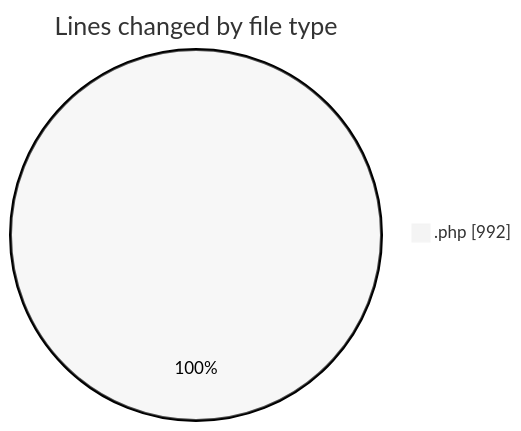
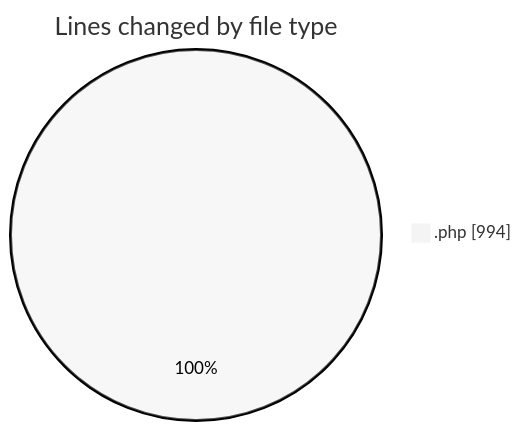
Before and after one commit to vahidmafi/code-tracking: the first of 2 diagrams in 2025-04-17/zeytoon/README.md, drawn with Mermaid (neutral theme). The commit also changed other lines of this file and 1 other file, not shown here.

````diff
--- a/2025-04-17/zeytoon/README.md
+++ b/2025-04-17/zeytoon/README.md
@@ -21,5 +21,5 @@
 ```mermaid
 pie showData
 title Lines changed by file type
-".php" : 992
+".php" : 994
 ```
````
